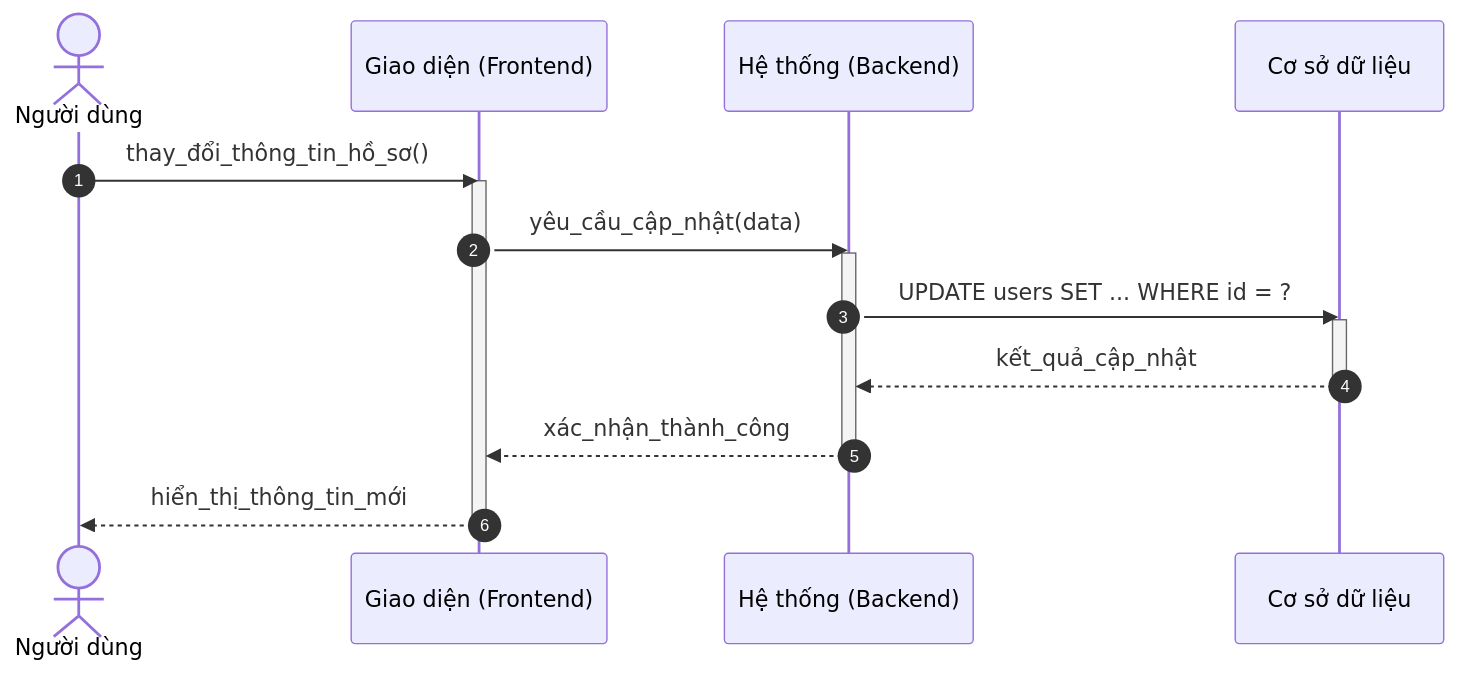
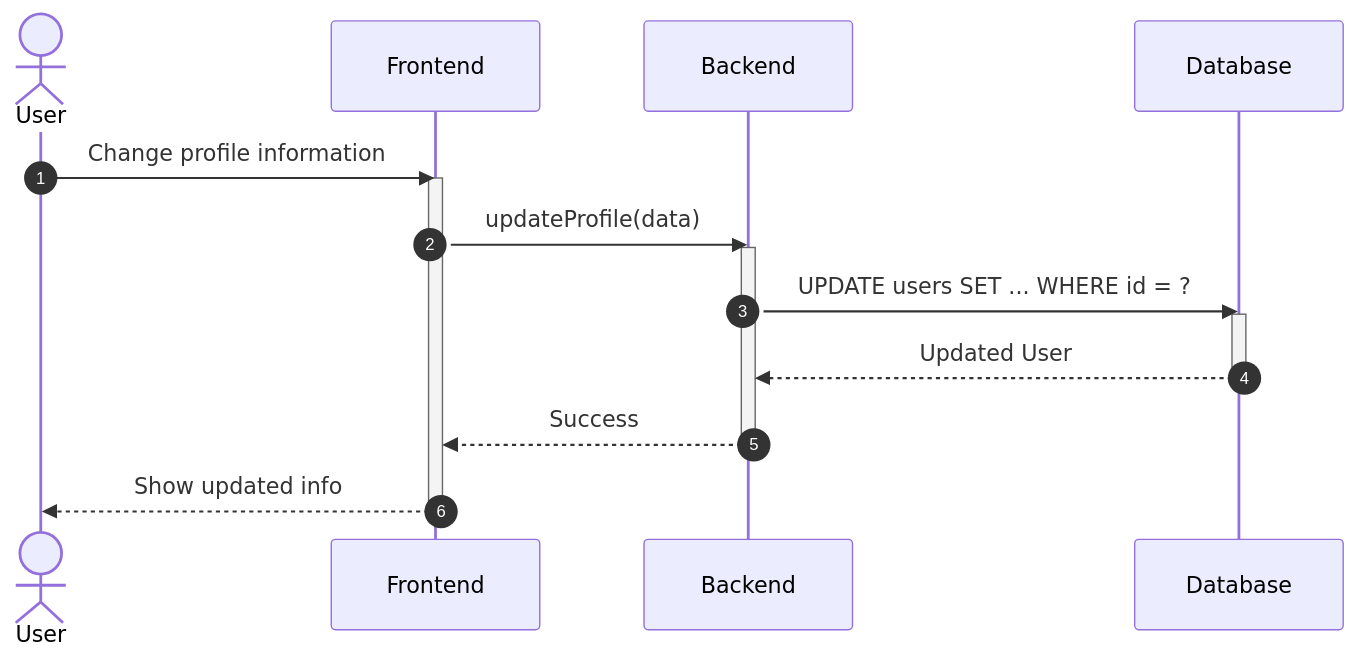
One commit to ngoctinn/Synapse changed the fourth of 5 diagrams in docs/design/sequences_simplified/authentication.md. Above: the diagram before and after it, drawn with Mermaid. The commit also changed other lines of this file and 4 other files, not shown here.

Commit message:
feat: add simplified sequence diagrams for authentication and core user flows.

````diff
--- a/docs/design/sequences_simplified/authentication.md
+++ b/docs/design/sequences_simplified/authentication.md
@@ -71,21 +97,21 @@
 ```mermaid
 sequenceDiagram
     autonumber
-    actor ND as Người dùng
-    participant FE as Giao diện (Frontend)
-    participant BE as Hệ thống (Backend)
-    participant DB as Cơ sở dữ liệu
+    actor User as User
+    participant FE as Frontend
+    participant BE as Backend
+    participant DB as Database
 
-    ND->>FE: thay_đổi_thông_tin_hồ_sơ()
+    User->>FE: Change profile information
     activate FE
-    FE->>BE: yêu_cầu_cập_nhật(data)
+    FE->>BE: updateProfile(data)
     activate BE
     BE->>DB: UPDATE users SET ... WHERE id = ?
     activate DB
-    DB-->>BE: kết_quả_cập_nhật
+    DB-->>BE: Updated User
     deactivate DB
-    BE-->>FE: xác_nhận_thành_công
+    BE-->>FE: Success
     deactivate BE
-    FE-->>ND: hiển_thị_thông_tin_mới
+    FE-->>User: Show updated info
     deactivate FE
 ```
````
